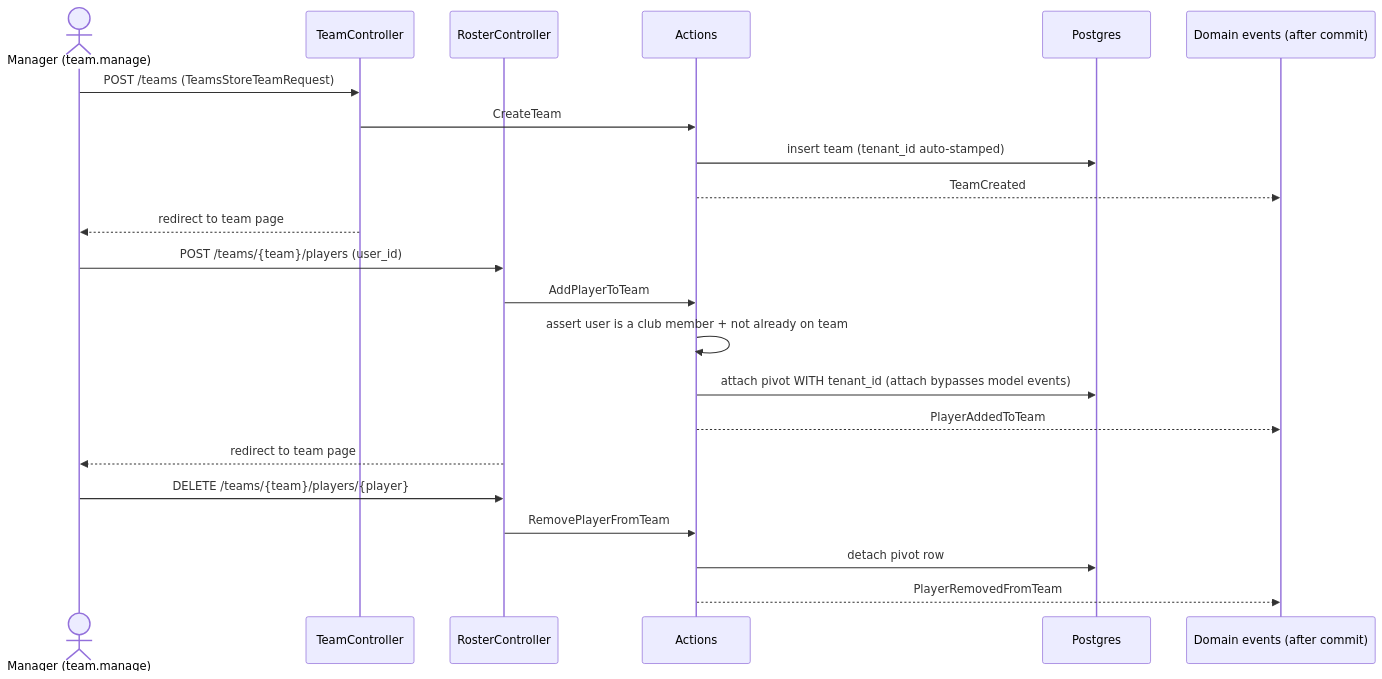
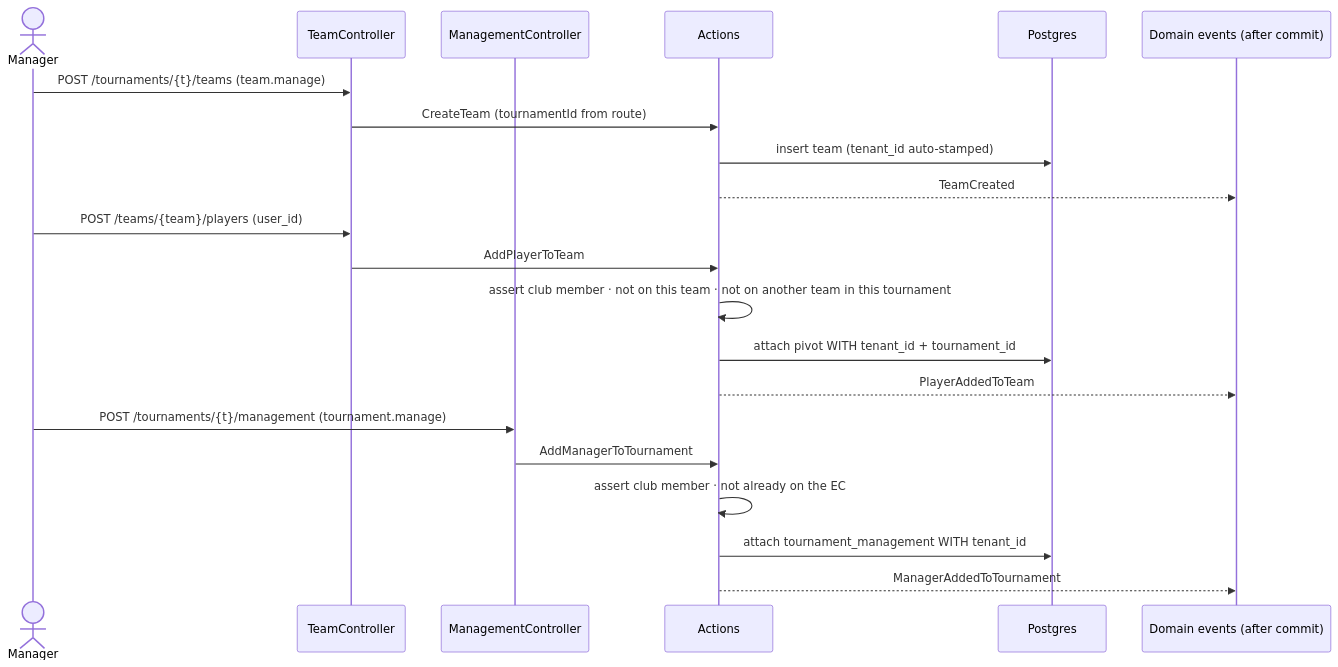
One commit to gopibabus/open-courts changed the diagram in docs/features/teams-and-rosters.md. Above: the diagram before and after it, drawn with Mermaid. The commit also changed other lines of this file and 28 other files, not shown here.

First line of the commit message:
Phase B: tournament teams + EC (management) domain

````diff
--- a/docs/features/teams-and-rosters.md
+++ b/docs/features/teams-and-rosters.md
@@ -23,27 +30,26 @@
 ```mermaid
 sequenceDiagram
-    actor M as Manager (team.manage)
+    actor M as Manager
     participant TC as TeamController
-    participant RC as RosterController
+    participant MC as ManagementController
     participant A as Actions
     participant DB as Postgres
     participant Ev as Domain events (after commit)
 
-    M->>TC: POST /teams (TeamsStoreTeamRequest)
-    TC->>A: CreateTeam
+    M->>TC: POST /tournaments/{t}/teams (team.manage)
+    TC->>A: CreateTeam (tournamentId from route)
     A->>DB: insert team (tenant_id auto-stamped)
     A-->>Ev: TeamCreated
-    TC-->>M: redirect to team page
 
-    M->>RC: POST /teams/{team}/players (user_id)
-    RC->>A: AddPlayerToTeam
-    A->>A: assert user is a club member + not already on team
-    A->>DB: attach pivot WITH tenant_id (attach bypasses model events)
+    M->>TC: POST /teams/{team}/players (user_id)
+    TC->>A: AddPlayerToTeam
+    A->>A: assert club member · not on this team · not on another team in this tournament
+    A->>DB: attach pivot WITH tenant_id + tournament_id
     A-->>Ev: PlayerAddedToTeam
-    RC-->>M: redirect to team page
 
-    M->>RC: DELETE /teams/{team}/players/{player}
-    RC->>A: RemovePlayerFromTeam
-    A->>DB: detach pivot row
-    A-->>Ev: PlayerRemovedFromTeam
+    M->>MC: POST /tournaments/{t}/management (tournament.manage)
+    MC->>A: AddManagerToTournament
+    A->>A: assert club member · not already on the EC
+    A->>DB: attach tournament_management WITH tenant_id
+    A-->>Ev: ManagerAddedToTournament
 ```
````
